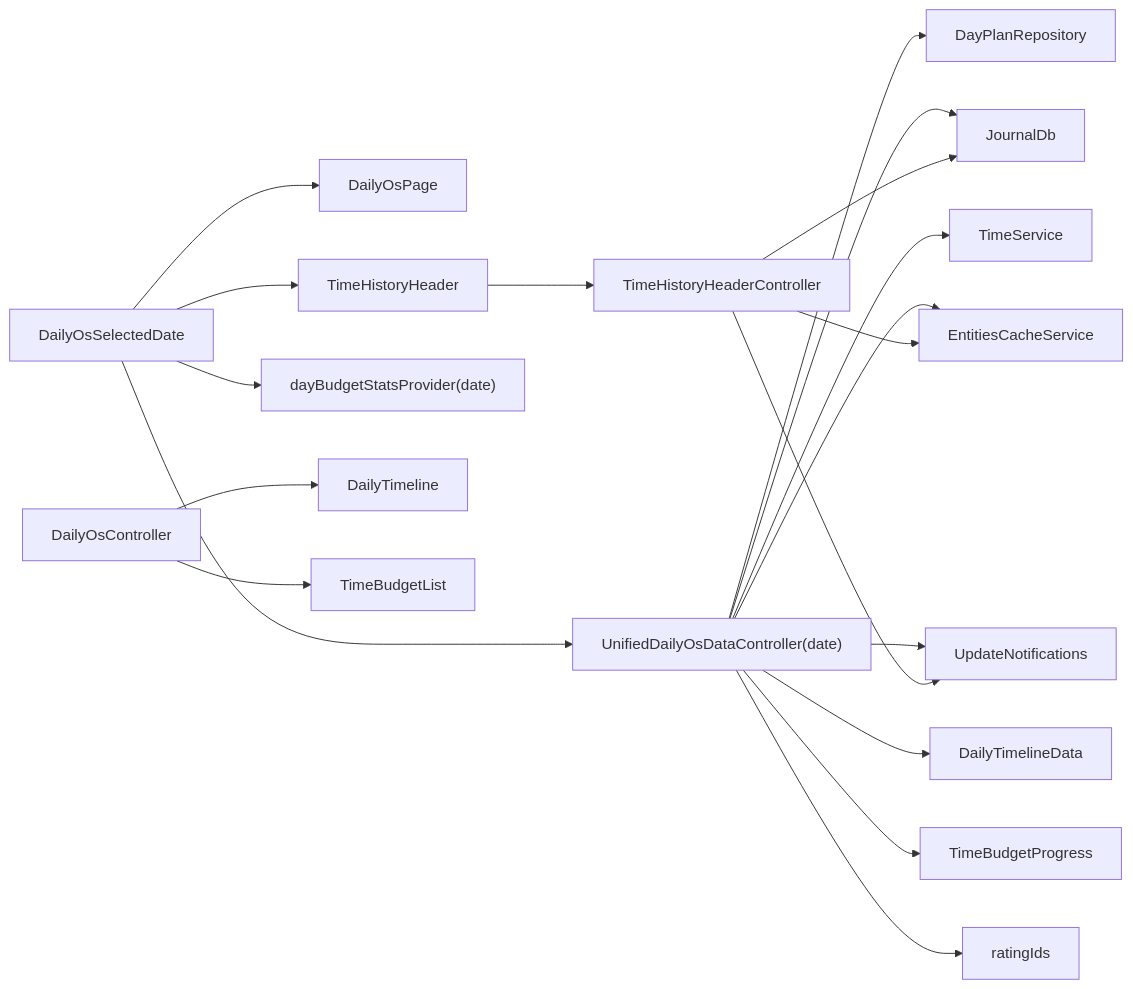
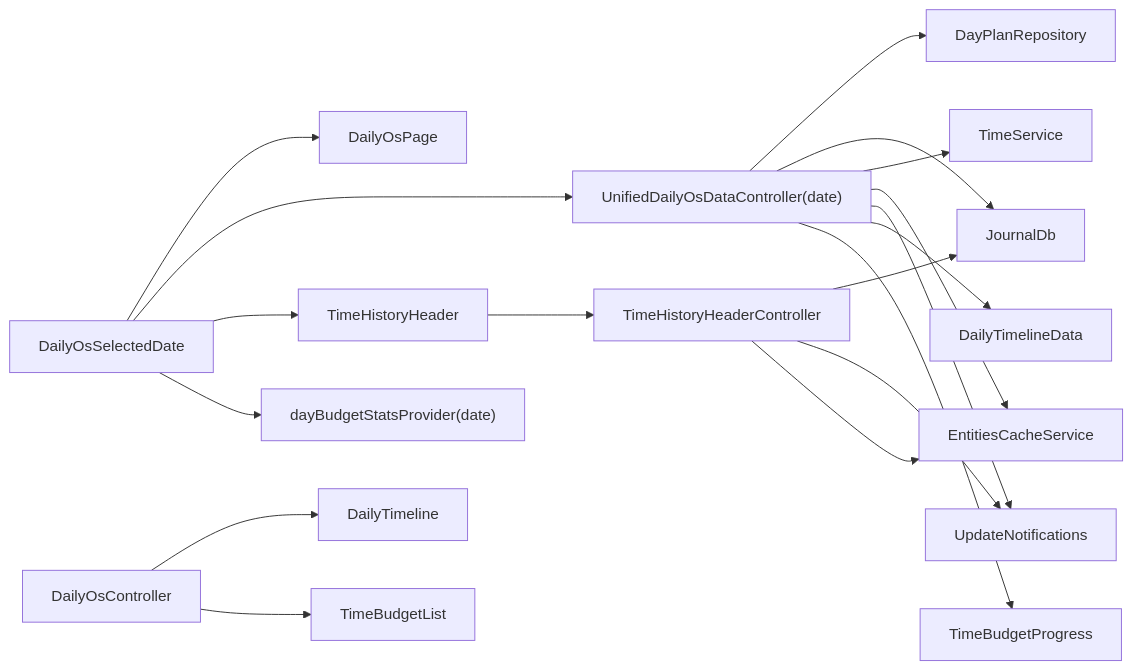
The first of 7 diagrams in lib/features/daily_os/README.md (matthiasn/lotti), drawn with Mermaid before and after one commit. The commit also changed other lines of this file and 3 other files, not shown here.

````diff
--- a/lib/features/daily_os/README.md
+++ b/lib/features/daily_os/README.md
@@ -44,25 +44,24 @@
 ```mermaid
 flowchart LR
   Date["DailyOsSelectedDate"] --> Page["DailyOsPage"]
   Date --> Unified["UnifiedDailyOsDataController(date)"]
   Date --> Header["TimeHistoryHeader"]
   Date --> Stats["dayBudgetStatsProvider(date)"]
 
   Ui["DailyOsController"] --> TimelineUi["DailyTimeline"]
   Ui --> BudgetsUi["TimeBudgetList"]
 
   Unified --> PlanRepo["DayPlanRepository"]
   Unified --> DB["JournalDb"]
   Unified --> Time["TimeService"]
   Unified --> Cache["EntitiesCacheService"]
   Unified --> Notify["UpdateNotifications"]
 
   Unified --> TimelineData["DailyTimelineData"]
   Unified --> BudgetData["TimeBudgetProgress"]
-  Unified --> Ratings["ratingIds"]
 
   Header --> HeaderCtl["TimeHistoryHeaderController"]
   HeaderCtl --> DB
   HeaderCtl --> Notify
   HeaderCtl --> Cache
 ```
````
